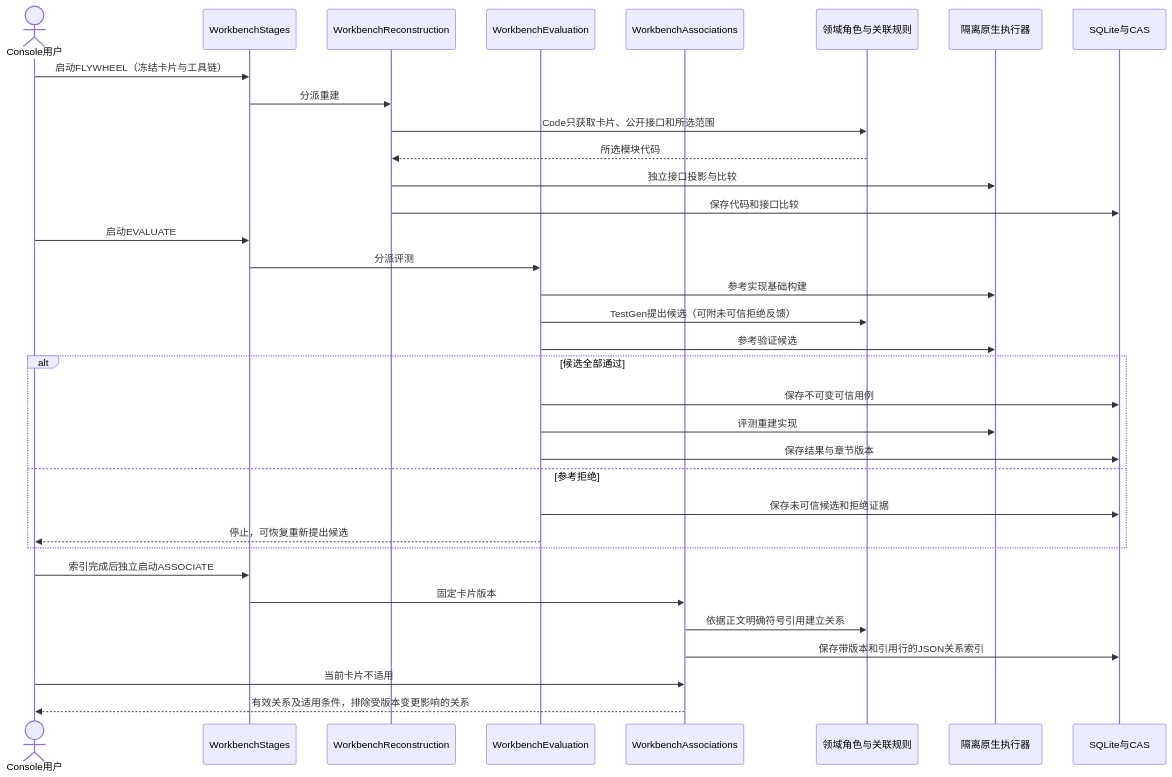
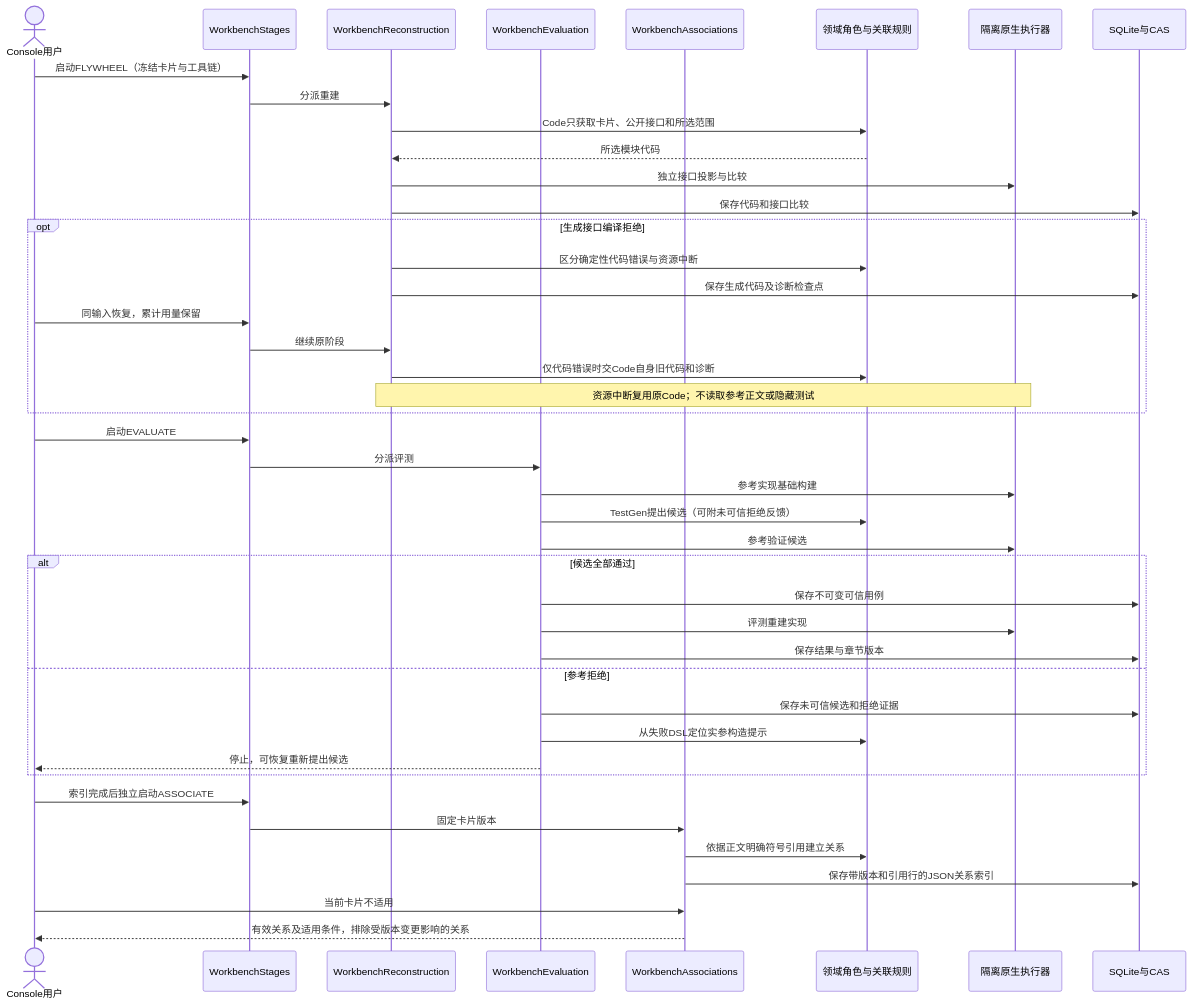
Before and after one commit to linlisWorkTeam/domain-knowledge: the seventh of 7 diagrams in docs/diagrams/Views4Plus1.md, drawn with Mermaid. The commit also changed 19 other files, not shown here.

````diff
--- a/docs/diagrams/Views4Plus1.md
+++ b/docs/diagrams/Views4Plus1.md
@@ -157,36 +157,45 @@
 ```mermaid
 sequenceDiagram
   actor U as Console用户
   participant W as WorkbenchStages
   participant R as WorkbenchReconstruction
   participant E as WorkbenchEvaluation
   participant A as WorkbenchAssociations
   participant D as 领域角色与关联规则
   participant N as 隔离原生执行器
   participant S as SQLite与CAS
   U->>W: 启动FLYWHEEL（冻结卡片与工具链）
   W->>R: 分派重建
   R->>D: Code只获取卡片、公开接口和所选范围
   D-->>R: 所选模块代码
   R->>N: 独立接口投影与比较
   R->>S: 保存代码和接口比较
+  opt 生成接口编译拒绝
+    R->>D: 区分确定性代码错误与资源中断
+    R->>S: 保存生成代码及诊断检查点
+    U->>W: 同输入恢复，累计用量保留
+    W->>R: 继续原阶段
+    R->>D: 仅代码错误时交Code自身旧代码和诊断
+    Note over R,N: 资源中断复用原Code；不读取参考正文或隐藏测试
+  end
   U->>W: 启动EVALUATE
   W->>E: 分派评测
   E->>N: 参考实现基础构建
   E->>D: TestGen提出候选（可附未可信拒绝反馈）
   E->>N: 参考验证候选
   alt 候选全部通过
     E->>S: 保存不可变可信用例
     E->>N: 评测重建实现
     E->>S: 保存结果与章节版本
   else 参考拒绝
     E->>S: 保存未可信候选和拒绝证据
+    E->>D: 从失败DSL定位实参构造提示
     E-->>U: 停止，可恢复重新提出候选
   end
   U->>W: 索引完成后独立启动ASSOCIATE
   W->>A: 固定卡片版本
   A->>D: 依据正文明确符号引用建立关系
   A->>S: 保存带版本和引用行的JSON关系索引
   U->>A: 当前卡片不适用
   A-->>U: 有效关系及适用条件，排除受版本变更影响的关系
 ```
````
